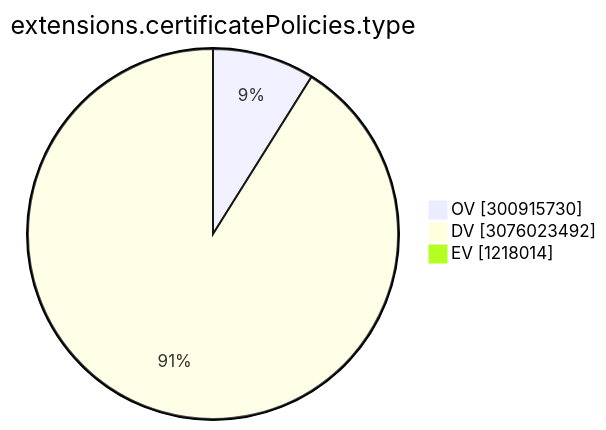
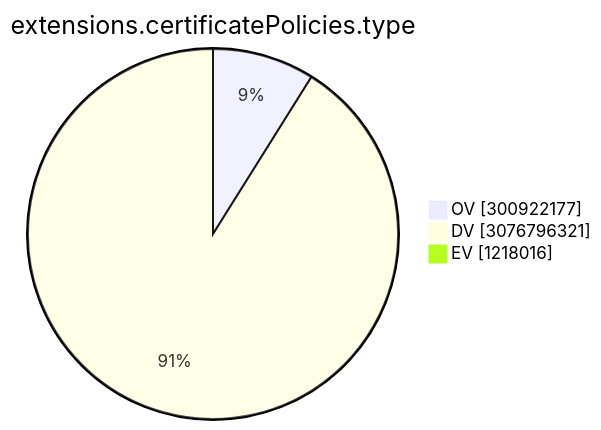
One commit to christiankrug/ctmonitor_visualization changed the ninth of 15 diagrams in TOTAL/README.md. Above: the diagram before and after it, drawn with Mermaid. The commit also changed other lines of this file, not shown here.

````diff
--- a/TOTAL/README.md
+++ b/TOTAL/README.md
@@ -3102,7 +3102,7 @@
 ```mermaid
 pie showData
 title extensions.certificatePolicies.type
-"OV" :300915730
-"DV" :3076023492
-"EV" :1218014
+"OV" :300922177
+"DV" :3076796321
+"EV" :1218016
 ```
````
